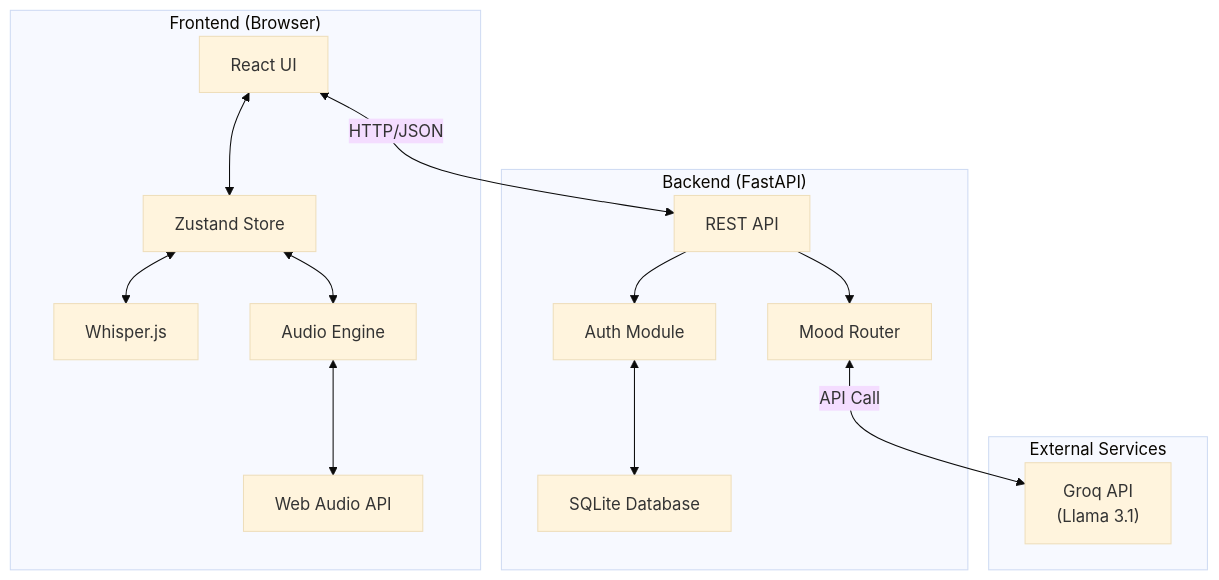
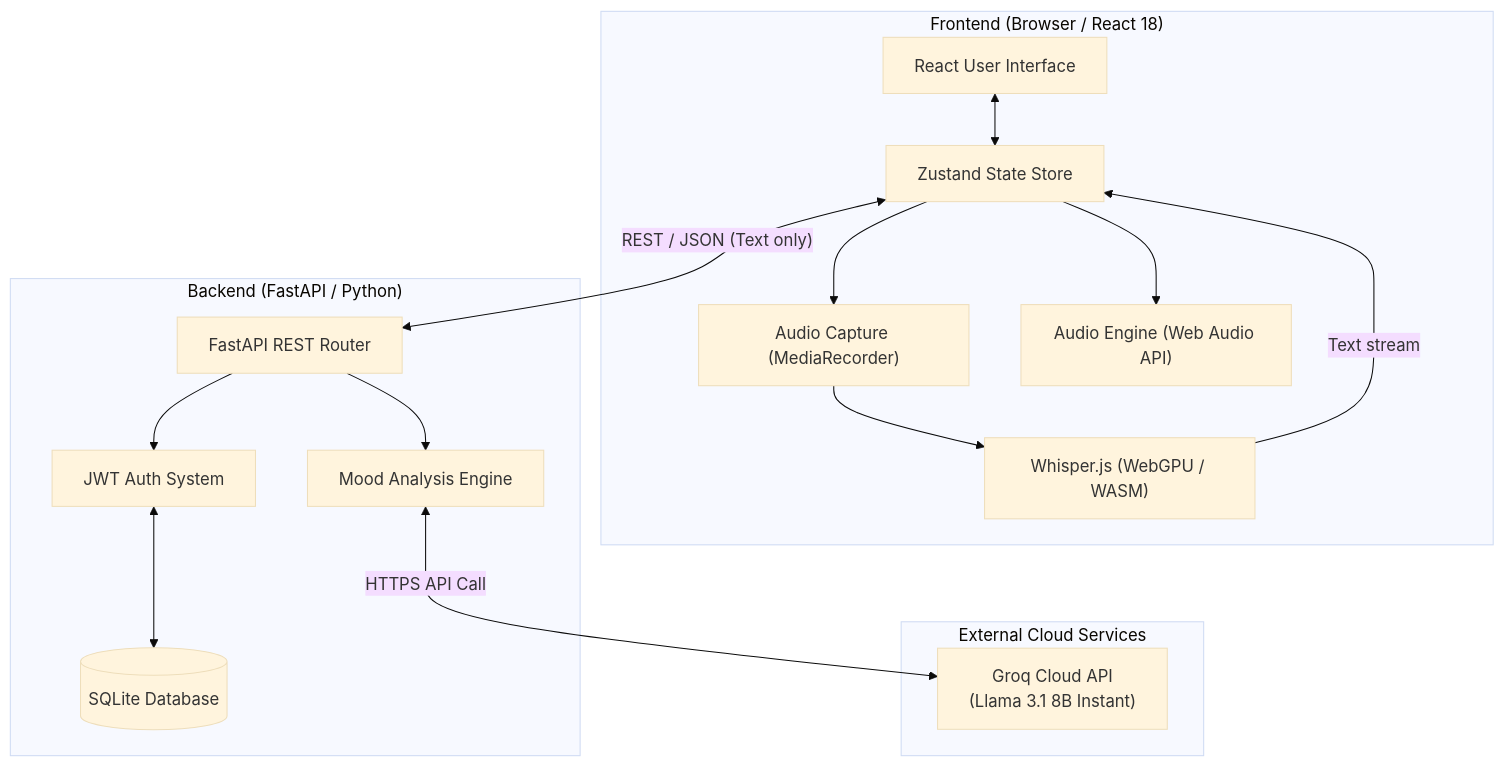
One commit to Djungarik/MastersDiploma changed the second of 15 diagrams in Кваліфікаційна_робота_магістра.md. Above: the diagram before and after it, drawn with Mermaid (base theme). The commit also changed other lines of this file and 125 other files, not shown here.

First line of the commit message:
Thesis review fixes: sequential audio transitions, tests, experiments, diagrams

````diff
--- a/Кваліфікаційна_робота_магістра.md
+++ b/Кваліфікаційна_робота_магістра.md
@@ -576,33 +478,34 @@
 ```mermaid
 flowchart TB
-    subgraph Client["Frontend (Browser)"]
-        UI["React UI"]
-        Zustand["Zustand Store"]
-        Whisper["Whisper.js"]
-        AudioEngine["Audio Engine"]
-        WebAudio["Web Audio API"]
+    subgraph Client["Frontend (Browser / React 18)"]
+        UI["React User Interface"]
+        Zustand["Zustand State Store"]
+        AudioCap["Audio Capture (MediaRecorder)"]
+        WhisperJS["Whisper.js (WebGPU / WASM)"]
+        AudioEng["Audio Engine (Web Audio API)"]
 
         UI <--> Zustand
-        Zustand <--> Whisper
-        Zustand <--> AudioEngine
-        AudioEngine <--> WebAudio
+        Zustand --> AudioCap
+        AudioCap --> WhisperJS
+        WhisperJS -->|"Text stream"| Zustand
+        Zustand --> AudioEng
     end
 
-    subgraph Server["Backend (FastAPI)"]
-        API["REST API"]
-        Auth["Auth Module"]
-        MoodRouter["Mood Router"]
-        DB["SQLite Database"]
+    subgraph Server["Backend (FastAPI / Python)"]
+        API["FastAPI REST Router"]
+        AuthMod["JWT Auth System"]
+        MoodMod["Mood Analysis Engine"]
+        SQLiteDB[("SQLite Database")]
 
-        API --> Auth
-        API --> MoodRouter
-        Auth <--> DB
+        API --> AuthMod
+        API --> MoodMod
+        AuthMod <--> SQLiteDB
     end
 
-    subgraph External["External Services"]
-        Groq["Groq API<br/>(Llama 3.1)"]
+    subgraph External["External Cloud Services"]
+        GroqCloud["Groq Cloud API<br/>(Llama 3.1 8B Instant)"]
     end
 
-    UI <-->|"HTTP/JSON"| API
-    MoodRouter <-->|"API Call"| Groq
+    Zustand <-->|"REST / JSON (Text only)"| API
+    MoodMod <-->|"HTTPS API Call"| GroqCloud
 ```
````
